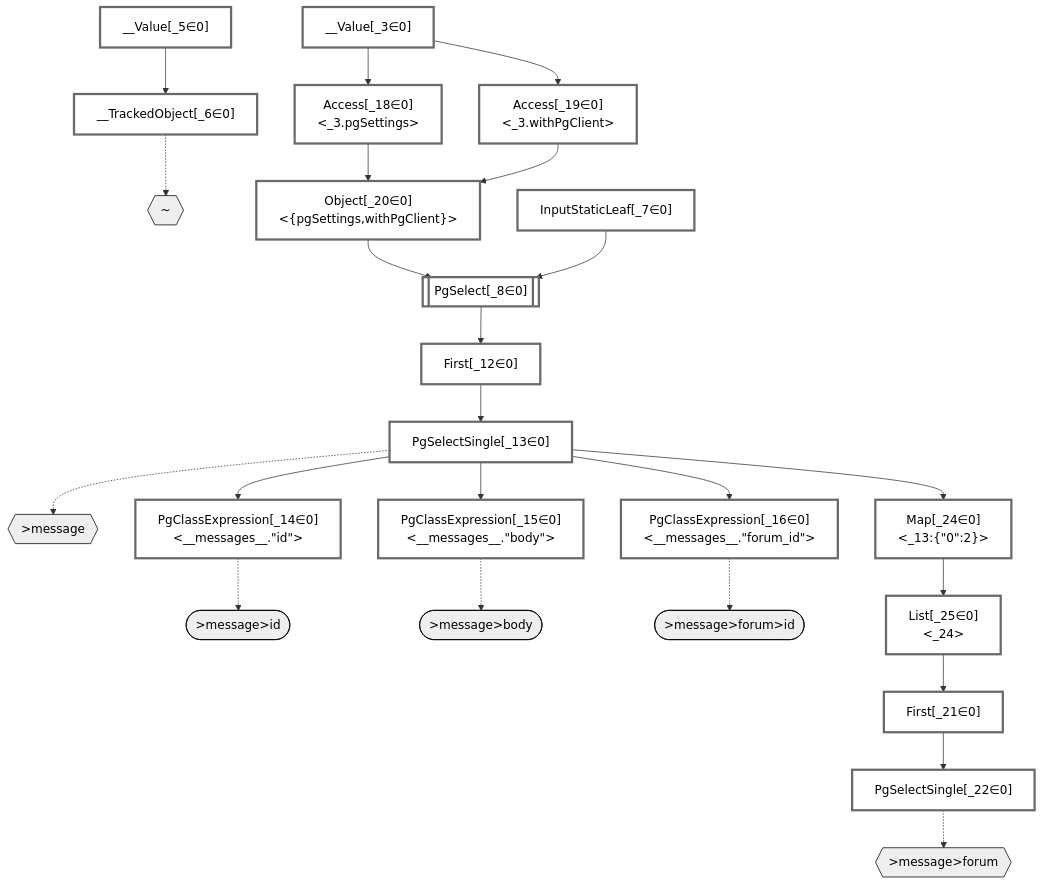
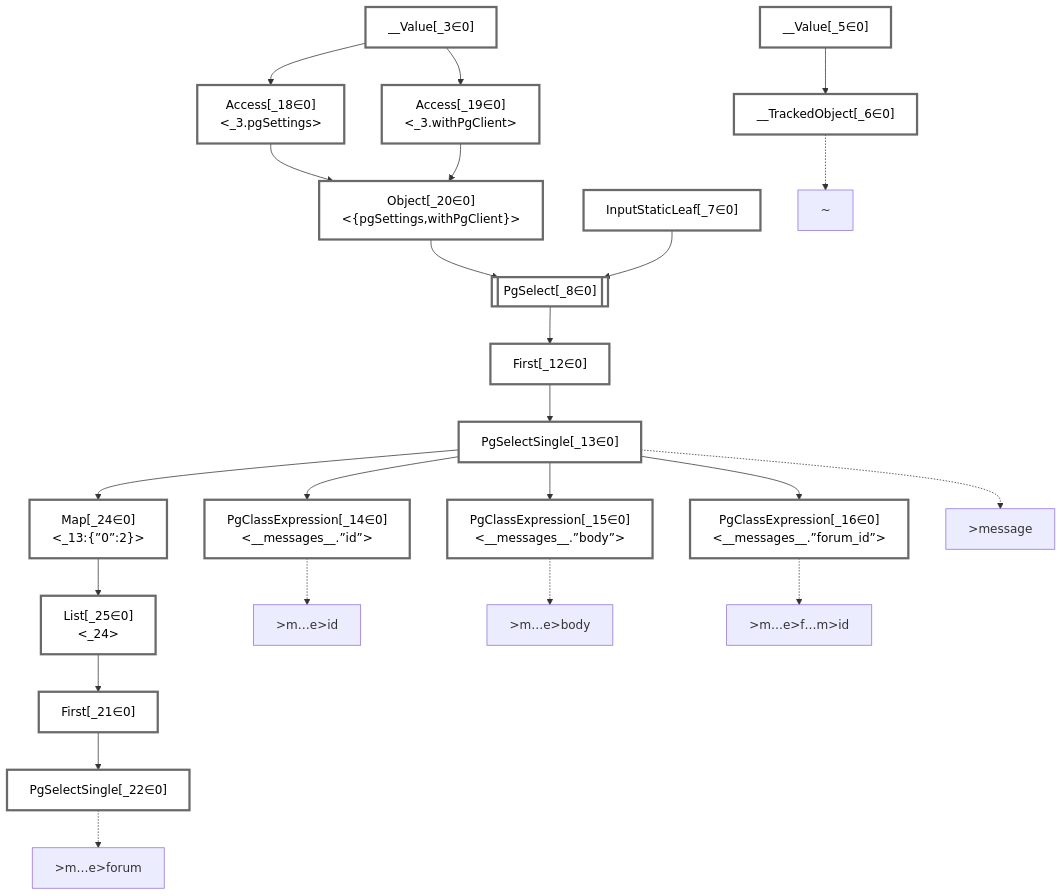
One commit to graphile/crystal changed the diagram in packages/dataplan-pg/__tests__/queries/relations/basics-no-join-if-identical.mermaid.md. Above: the diagram before and after it, drawn with Mermaid. The commit also changed 195 other files, not shown here.

````diff
--- a/packages/dataplan-pg/__tests__/queries/relations/basics-no-join-if-identical.mermaid.md
+++ b/packages/dataplan-pg/__tests__/queries/relations/basics-no-join-if-identical.mermaid.md
@@ -1,71 +1,64 @@
 ```mermaid
 graph TD
     classDef path fill:#eee,stroke:#000,color:#000
     classDef plan fill:#fff,stroke-width:3px,color:#000
     classDef itemplan fill:#fff,stroke-width:6px,color:#000
     classDef sideeffectplan fill:#f00,stroke-width:6px,color:#000
     classDef bucket fill:#f6f6f6,color:#000,stroke-width:6px
 
-    %% subgraph fields
-    P1{{"~"}}:::path
-    P2{{">message"}}:::path
-    P3([">message>id"]):::path
-    %% P2 -.-> P3
-    P4([">message>body"]):::path
-    %% P2 -.-> P4
-    P5{{">message>forum"}}:::path
-    P6([">message>forum>id"]):::path
-    %% P5 -.-> P6
-    %% P2 -.-> P5
-    %% P1 -.-> P2
-    %% end
 
     %% define plans
     __Value_3["__Value[_3∈0]<br /><context>"]:::plan
     __Value_5["__Value[_5∈0]<br /><rootValue>"]:::plan
     __TrackedObject_6["__TrackedObject[_6∈0]"]:::plan
     InputStaticLeaf_7["InputStaticLeaf[_7∈0]"]:::plan
     PgSelect_8[["PgSelect[_8∈0]<br /><messages>"]]:::plan
     First_12["First[_12∈0]"]:::plan
     PgSelectSingle_13["PgSelectSingle[_13∈0]<br /><messages>"]:::plan
-    PgClassExpression_14["PgClassExpression[_14∈0]<br /><__messages__.#quot;id#quot;>"]:::plan
-    PgClassExpression_15["PgClassExpression[_15∈0]<br /><__messages__.#quot;body#quot;>"]:::plan
-    PgClassExpression_16["PgClassExpression[_16∈0]<br /><__messages__.#quot;forum_id#quot;>"]:::plan
+    PgClassExpression_14["PgClassExpression[_14∈0]<br /><__messages__.”id”>"]:::plan
+    PgClassExpression_15["PgClassExpression[_15∈0]<br /><__messages__.”body”>"]:::plan
+    PgClassExpression_16["PgClassExpression[_16∈0]<br /><__messages__.”forum_id”>"]:::plan
     Access_18["Access[_18∈0]<br /><_3.pgSettings>"]:::plan
     Access_19["Access[_19∈0]<br /><_3.withPgClient>"]:::plan
     Object_20["Object[_20∈0]<br /><{pgSettings,withPgClient}>"]:::plan
     First_21["First[_21∈0]"]:::plan
     PgSelectSingle_22["PgSelectSingle[_22∈0]<br /><forums>"]:::plan
-    Map_24["Map[_24∈0]<br /><_13:{#quot;0#quot;:2}>"]:::plan
+    Map_24["Map[_24∈0]<br /><_13:{”0”:2}>"]:::plan
     List_25["List[_25∈0]<br /><_24>"]:::plan
 
     %% plan dependencies
     __Value_5 --> __TrackedObject_6
     Object_20 --> PgSelect_8
     InputStaticLeaf_7 --> PgSelect_8
     PgSelect_8 --> First_12
     First_12 --> PgSelectSingle_13
     PgSelectSingle_13 --> PgClassExpression_14
     PgSelectSingle_13 --> PgClassExpression_15
     PgSelectSingle_13 --> PgClassExpression_16
     __Value_3 --> Access_18
     __Value_3 --> Access_19
     Access_18 --> Object_20
     Access_19 --> Object_20
     List_25 --> First_21
     First_21 --> PgSelectSingle_22
     PgSelectSingle_13 --> Map_24
     Map_24 --> List_25
 
     %% plan-to-path relationships
+    P1["~"]
     __TrackedObject_6 -.-> P1
+    P2[">message"]
     PgSelectSingle_13 -.-> P2
+    P3[">m…e>id"]
     PgClassExpression_14 -.-> P3
+    P4[">m…e>body"]
     PgClassExpression_15 -.-> P4
+    P5[">m…e>forum"]
     PgSelectSingle_22 -.-> P5
+    P6[">m…e>f…m>id"]
     PgClassExpression_16 -.-> P6
 
     %% allocate buckets
     classDef bucket0 stroke:#696969
     class __Value_3,__Value_5,__TrackedObject_6,InputStaticLeaf_7,PgSelect_8,First_12,PgSelectSingle_13,PgClassExpression_14,PgClassExpression_15,PgClassExpression_16,Access_18,Access_19,Object_20,First_21,PgSelectSingle_22,Map_24,List_25 bucket0
 ```
````
